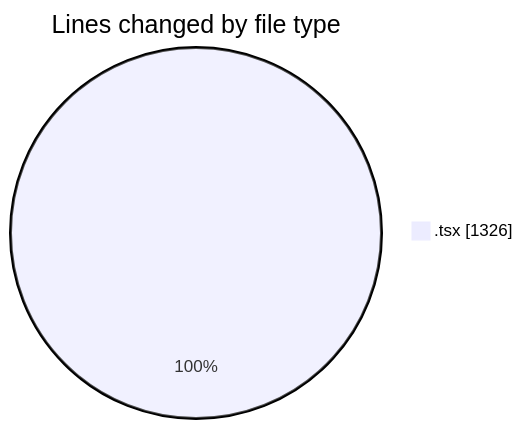
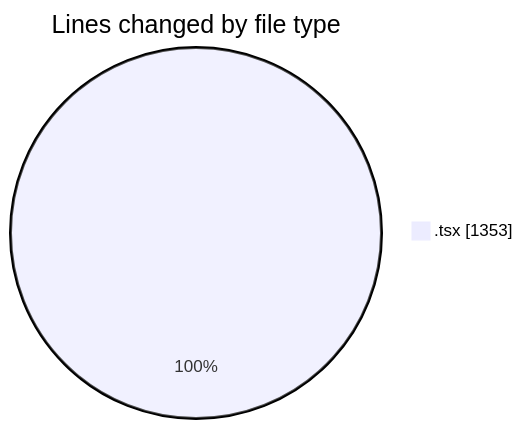
Before and after one commit to momahboobian/code-tracking: the first of 2 diagrams in 2025-09-30/cda/README.md, drawn with Mermaid. The commit also changed other lines of this file and 1 other file, not shown here.

````diff
--- a/2025-09-30/cda/README.md
+++ b/2025-09-30/cda/README.md
@@ -21,5 +21,5 @@
 ```mermaid
 pie showData
 title Lines changed by file type
-".tsx" : 1326
+".tsx" : 1353
 ```
````
